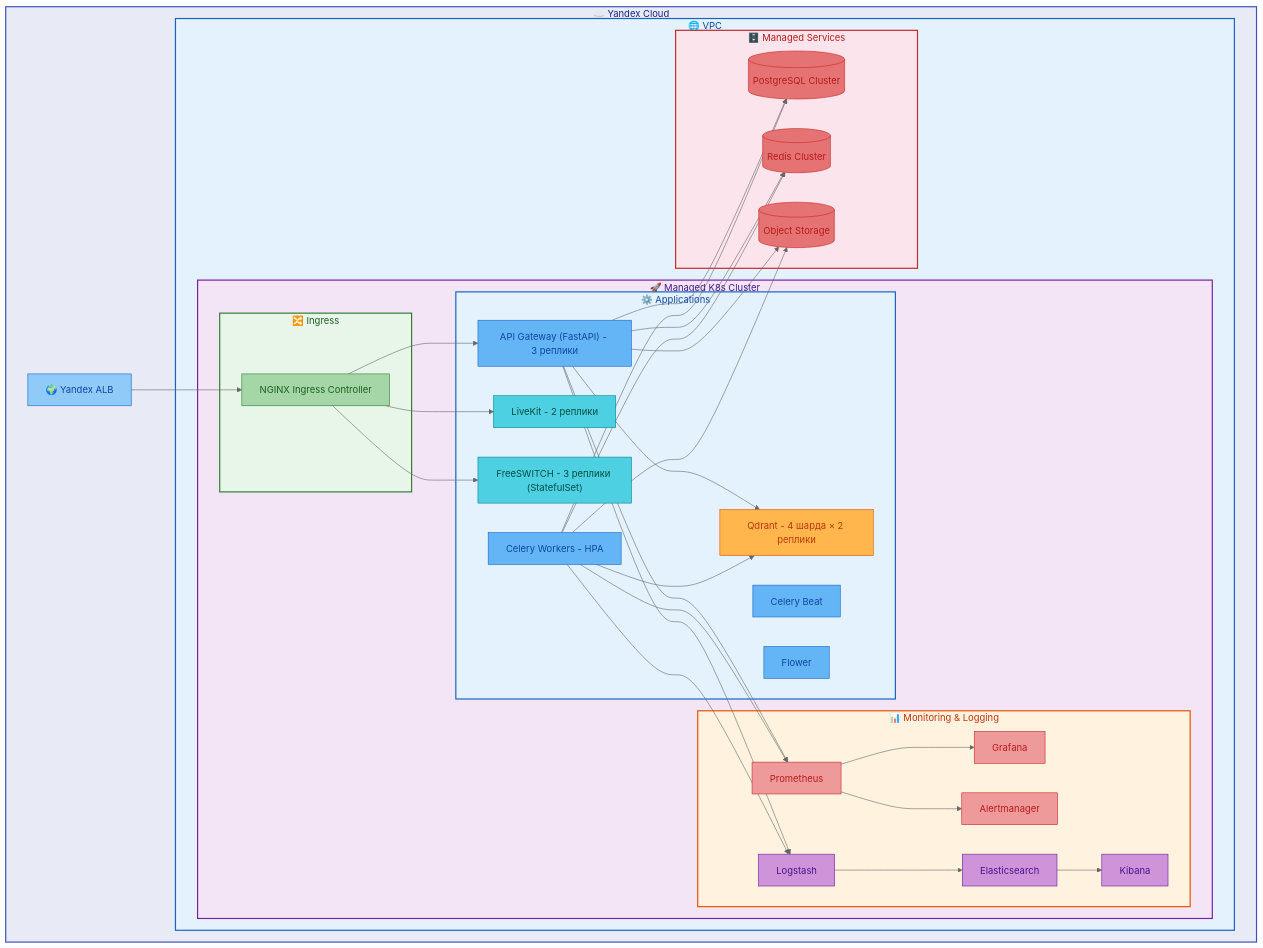
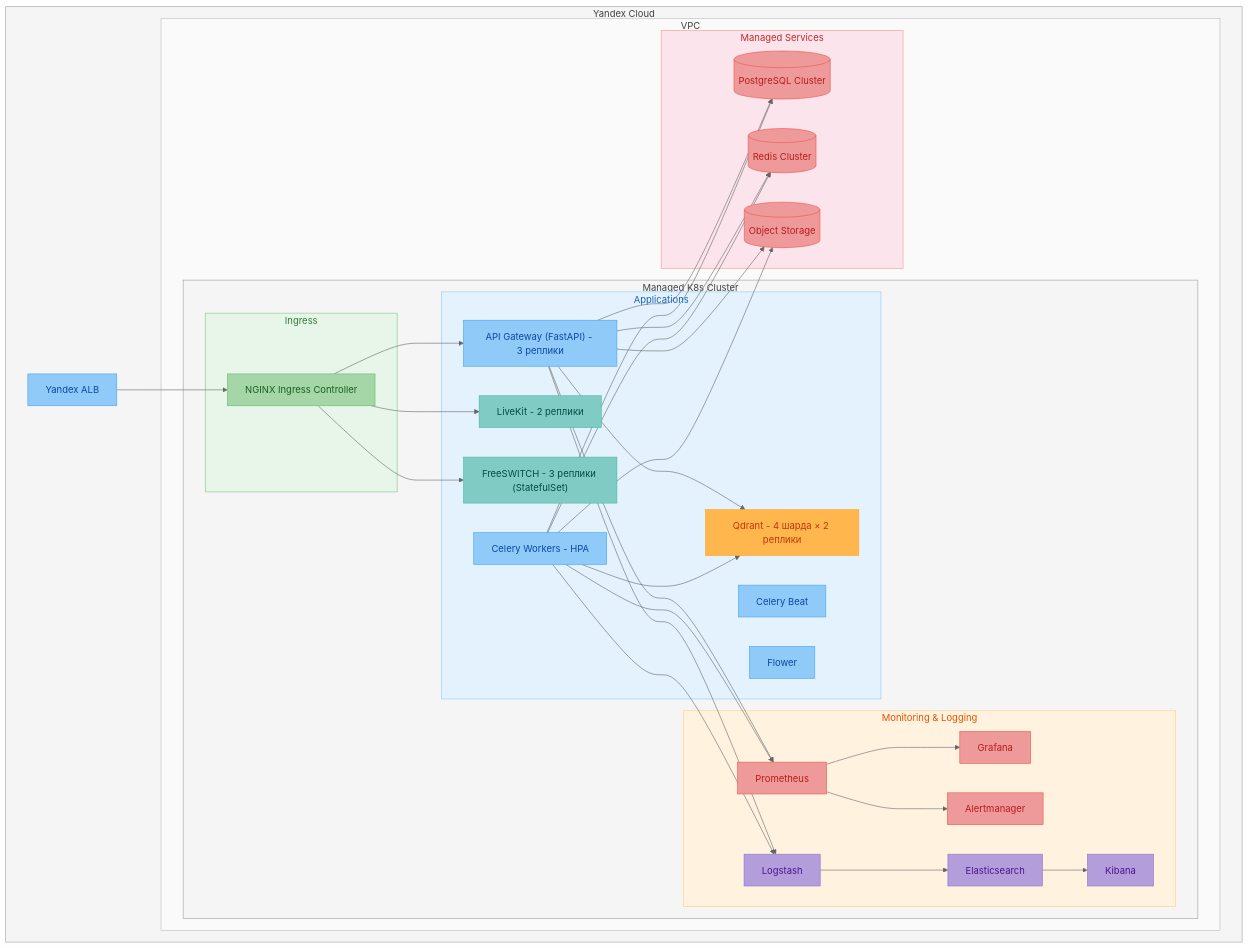
The first of 2 diagrams in docs/DEPLOYMENT_OBSERVABILITY_AND_ADMIN_GUIDE.md (cc-automation-projects/multi-agent-mass-recruitment-hub), drawn with Mermaid (neutral theme) before and after one commit. The commit also changed 4 other files, not shown here.

````diff
--- a/docs/DEPLOYMENT_OBSERVABILITY_AND_ADMIN_GUIDE.md
+++ b/docs/DEPLOYMENT_OBSERVABILITY_AND_ADMIN_GUIDE.md
@@ -29,12 +29,12 @@
 ```mermaid
 flowchart TB
-    subgraph Cloud["☁️ Yandex Cloud"]
-        subgraph VPC["🌐 VPC"]
-            subgraph K8s["🚀 Managed K8s Cluster"]
-                subgraph Ingress["🔀 Ingress"]
+    subgraph Cloud["Yandex Cloud"]
+        subgraph VPC["VPC"]
+            subgraph K8s["Managed K8s Cluster"]
+                subgraph Ingress["Ingress"]
                     NGINX["NGINX Ingress Controller"]
                 end
-                subgraph Apps["⚙️ Applications"]
+                subgraph Apps["Applications"]
                     API["API Gateway (FastAPI) - 3 реплики"]
                     WORKER["Celery Workers - HPA"]
                     BEAT["Celery Beat"]
@@ -43,7 +43,7 @@
                     FS["FreeSWITCH - 3 реплики (StatefulSet)"]
                     QDRANT["Qdrant - 4 шарда × 2 реплики"]
                 end
-                subgraph Observability["📊 Monitoring & Logging"]
+                subgraph Observability["Monitoring & Logging"]
                     PROM["Prometheus"]
                     GRAF["Grafana"]
                     ALERT["Alertmanager"]
@@ -52,13 +52,13 @@
                     KIBANA["Kibana"]
                 end
             end
-            subgraph Managed["🗄️ Managed Services"]
+            subgraph Managed["Managed Services"]
                 PG[("PostgreSQL Cluster")]
                 REDIS[("Redis Cluster")]
                 S3[("Object Storage")]
             end
         end
-        ALB["🌍 Yandex ALB"]
+        ALB["Yandex ALB"]
     end
 
     ALB --> NGINX
@@ -85,31 +85,31 @@
     LOGSTASH --> ELASTIC
     ELASTIC --> KIBANA
 
-    %% 🌈 Цветовая схема
-    style Cloud fill:#e8eaf6,stroke:#3f51b5,stroke-width:2px,color:#1a237e
-    style VPC fill:#e3f2fd,stroke:#1565c0,stroke-width:2px,color:#0d47a1
-    style K8s fill:#f3e5f5,stroke:#7b1fa2,stroke-width:2px,color:#4a148c
-    style Ingress fill:#e8f5e9,stroke:#2e7d32,stroke-width:2px,color:#1b5e20
-    style Apps fill:#e3f2fd,stroke:#1565c0,stroke-width:2px,color:#0d47a1
-    style Observability fill:#fff3e0,stroke:#e65100,stroke-width:2px,color:#bf360c
-    style Managed fill:#fce4ec,stroke:#c62828,stroke-width:2px,color:#b71c1c
+    %% Сдержанная цветовая схема
+    style Cloud fill:#f5f5f5,stroke:#9e9e9e,stroke-width:1px,color:#424242
+    style VPC fill:#fafafa,stroke:#bdbdbd,stroke-width:1px,color:#424242
+    style K8s fill:#f5f5f5,stroke:#9e9e9e,stroke-width:1px,color:#424242
+    style Ingress fill:#e8f5e9,stroke:#81c784,stroke-width:1px,color:#2e7d32
+    style Apps fill:#e3f2fd,stroke:#90caf9,stroke-width:1px,color:#1565c0
+    style Observability fill:#fff3e0,stroke:#ffcc80,stroke-width:1px,color:#e65100
+    style Managed fill:#fce4ec,stroke:#ef9a9a,stroke-width:1px,color:#c62828
 
-    style NGINX fill:#a5d6a7,stroke:#2e7d32,color:#1b5e20
-    style API fill:#64b5f6,stroke:#1565c0,color:#0d47a1
-    style WORKER fill:#64b5f6,stroke:#1565c0,color:#0d47a1
-    style BEAT fill:#64b5f6,stroke:#1565c0,color:#0d47a1
-    style FLOWER fill:#64b5f6,stroke:#1565c0,color:#0d47a1
-    style LK fill:#4dd0e1,stroke:#00838f,color:#004d40
-    style FS fill:#4dd0e1,stroke:#00838f,color:#004d40
-    style QDRANT fill:#ffb74d,stroke:#e65100,color:#bf360c
-    style PROM fill:#ef9a9a,stroke:#c62828,color:#b71c1c
-    style GRAF fill:#ef9a9a,stroke:#c62828,color:#b71c1c
-    style ALERT fill:#ef9a9a,stroke:#c62828,color:#b71c1c
-    style ELASTIC fill:#ce93d8,stroke:#6a1b9a,color:#4a148c
-    style LOGSTASH fill:#ce93d8,stroke:#6a1b9a,color:#4a148c
-    style KIBANA fill:#ce93d8,stroke:#6a1b9a,color:#4a148c
-    style PG fill:#e57373,stroke:#c62828,color:#b71c1c
-    style REDIS fill:#e57373,stroke:#c62828,color:#b71c1c
-    style S3 fill:#e57373,stroke:#c62828,color:#b71c1c
-    style ALB fill:#90caf9,stroke:#1565c0,color:#0d47a1
+    style NGINX fill:#a5d6a7,stroke:#66bb6a,color:#1b5e20
+    style API fill:#90caf9,stroke:#42a5f5,color:#0d47a1
+    style WORKER fill:#90caf9,stroke:#42a5f5,color:#0d47a1
+    style BEAT fill:#90caf9,stroke:#42a5f5,color:#0d47a1
+    style FLOWER fill:#90caf9,stroke:#42a5f5,color:#0d47a1
+    style LK fill:#80cbc4,stroke:#4db6ac,color:#004d40
+    style FS fill:#80cbc4,stroke:#4db6ac,color:#004d40
+    style QDRANT fill:#ffb74d,stroke:#ffa726,color:#bf360c
+    style PROM fill:#ef9a9a,stroke:#ef5350,color:#b71c1c
+    style GRAF fill:#ef9a9a,stroke:#ef5350,color:#b71c1c
+    style ALERT fill:#ef9a9a,stroke:#ef5350,color:#b71c1c
+    style ELASTIC fill:#b39ddb,stroke:#9575cd,color:#4a148c
+    style LOGSTASH fill:#b39ddb,stroke:#9575cd,color:#4a148c
+    style KIBANA fill:#b39ddb,stroke:#9575cd,color:#4a148c
+    style PG fill:#ef9a9a,stroke:#ef5350,color:#b71c1c
+    style REDIS fill:#ef9a9a,stroke:#ef5350,color:#b71c1c
+    style S3 fill:#ef9a9a,stroke:#ef5350,color:#b71c1c
+    style ALB fill:#90caf9,stroke:#42a5f5,color:#0d47a1
 ```
````
